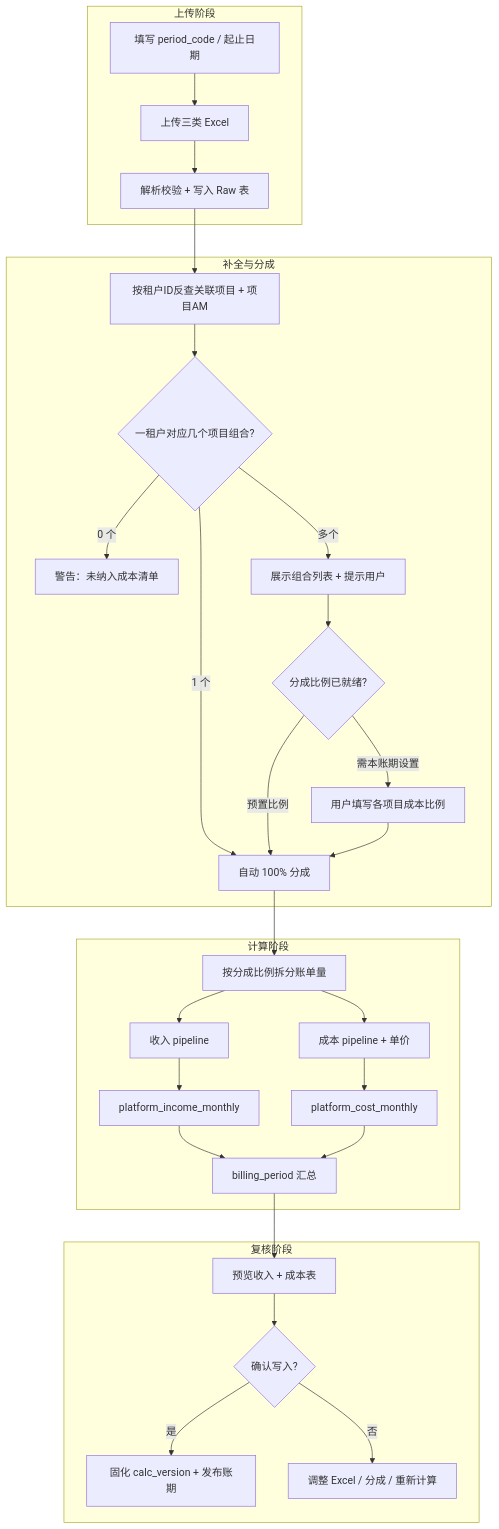
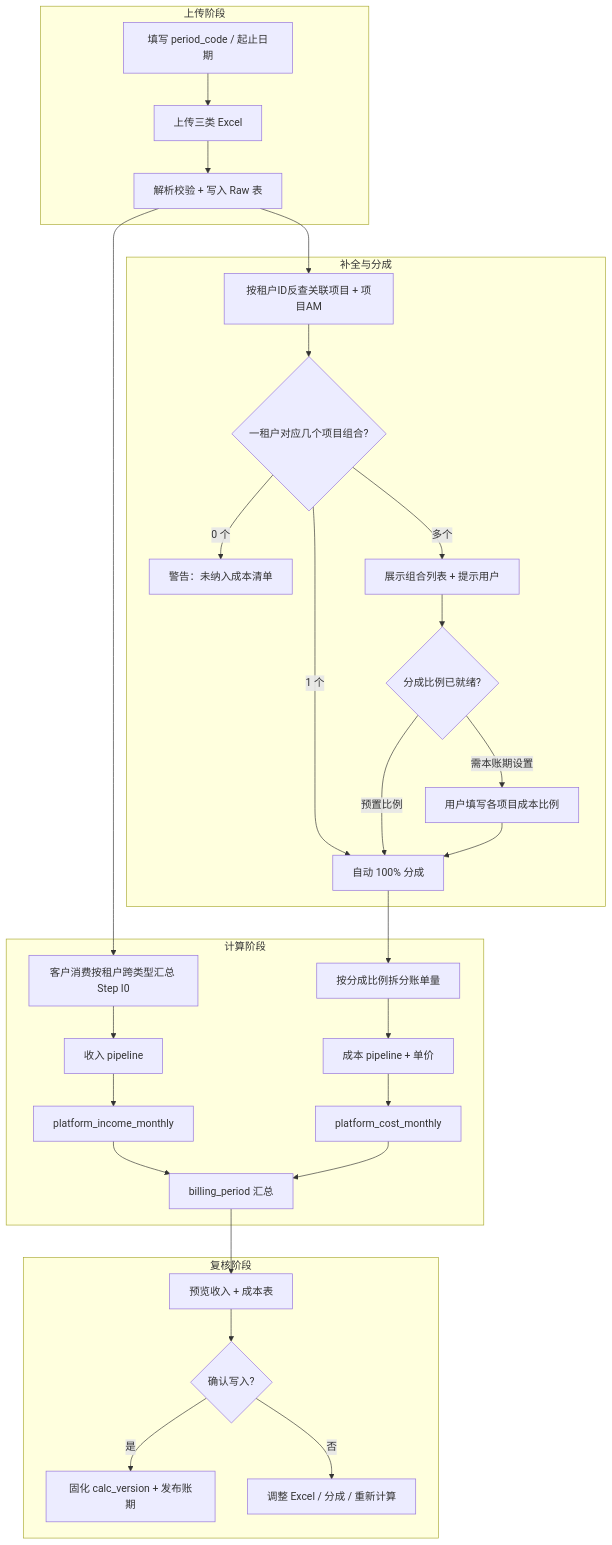
Before and after one commit to metacode0602/opencomfy-hub: the diagram in apps/web/content/design/billing-period-import-design.md, drawn with Mermaid. The commit also changed other lines of this file and 4 other files, not shown here.

Commit message:
feat(apps-web): add supply schema definition

````diff
--- a/apps/web/content/design/billing-period-import-design.md
+++ b/apps/web/content/design/billing-period-import-design.md
@@ -41,33 +43,34 @@
 ```mermaid
 flowchart TB
   subgraph upload [上传阶段]
     A[填写 period_code / 起止日期] --> B[上传三类 Excel]
     B --> C[解析校验 + 写入 Raw 表]
   end
   subgraph enrich [补全与分成]
     C --> D[按租户ID反查关联项目 + 项目AM]
     D --> E{一租户对应几个项目组合?}
     E -->|0 个| W1[警告：未纳入成本清单]
     E -->|1 个| F[自动 100% 分成]
     E -->|多个| G[展示组合列表 + 提示用户]
     G --> H{分成比例已就绪?}
     H -->|预置比例| F
     H -->|需本账期设置| I[用户填写各项目成本比例]
     I --> F
   end
   subgraph calc [计算阶段]
     F --> J[按分成比例拆分账单量]
-    J --> K[收入 pipeline]
+    C --> K0[客户消费按租户跨类型汇总 Step I0]
+    K0 --> K[收入 pipeline]
     J --> L[成本 pipeline + 单价]
     K --> M[platform_income_monthly]
     L --> N[platform_cost_monthly]
     M --> O[billing_period 汇总]
     N --> O
   end
   subgraph review [复核阶段]
     O --> P[预览收入 + 成本表]
     P --> Q{确认写入?}
     Q -->|是| R[固化 calc_version + 发布账期]
     Q -->|否| S[调整 Excel / 分成 / 重新计算]
   end
 ```
````
